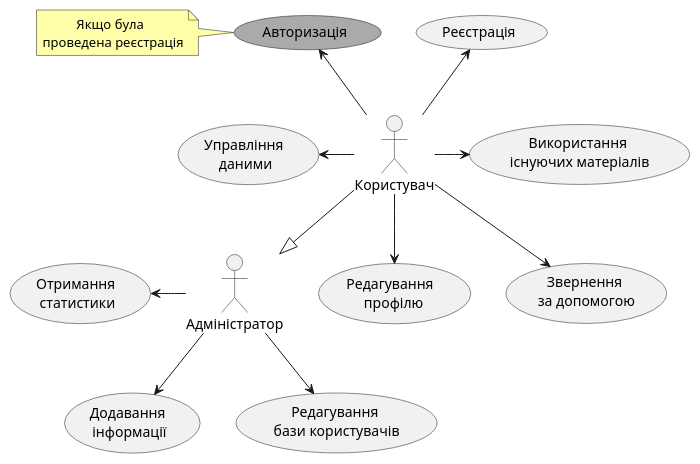
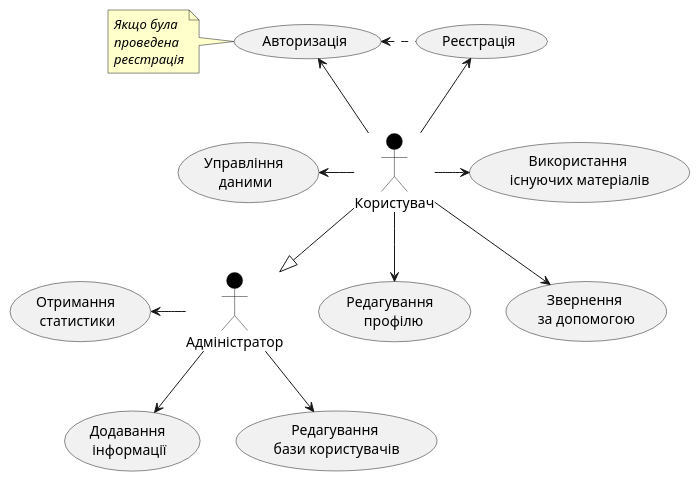
Before and after one commit to edu-db/edu_db_labs: the first of 10 diagrams in docs/use cases/README.md, drawn with PlantUML. The commit also changed other lines of this file, not shown here.

````diff
--- a/docs/use cases/README.md
+++ b/docs/use cases/README.md
@@ -7,39 +7,41 @@
 ```plantuml
 @startuml
 
-    actor "Користувач" as User 
-    actor "Адміністратор" as Admin
+    actor "Користувач" as User #black
+    actor "Адміністратор" as Admin #black
 
     User  -d-|> Admin
 
     usecase "Реєстрація" as Registration
 
-    usecase "Авторизація" as Login #aaa
+    usecase "Авторизація" as Login 
     usecase "Управління \nданими" as Search
     usecase "Редагування \n профілю" as Edit
     usecase "Використання \nіснуючих матеріалів" as Sources
     usecase "Звернення \nза допомогою" as Help
 
     usecase "Додавання \nінформації" as AddSource
     usecase "Редагування \nбази користувачів" as Users
     usecase "Отримання \nстатистики" as Statistic
 
     User -u-> Registration
     User -u-> Login
+    Registration .l.> Login
    
-    note left of Login #ffa
-                  Якщо була
-        проведена реєстрація
+    note left of Login #ffc
+        <i>Якщо була 
+        <i>проведена 
+        <i>реєстрація
     end note
 
     User -l-> Search
     User -d-> Edit
     User --> Help
     User -r-> Sources
 
     Admin -d-> AddSource
     Admin -d-> Users
     Admin -l-> Statistic
 
 @enduml
 ```
````
